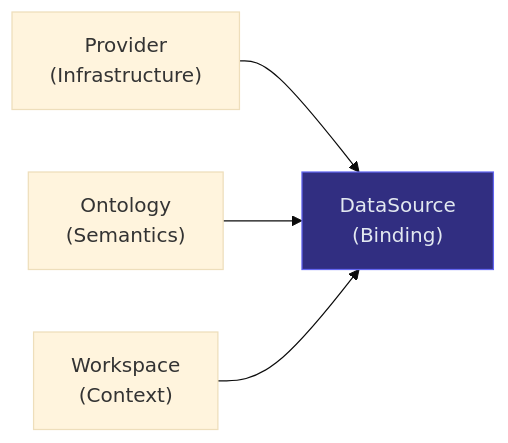
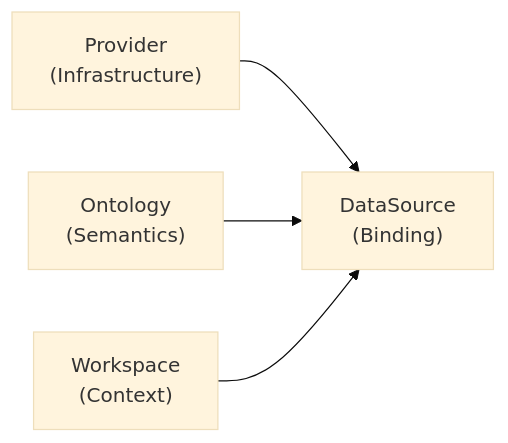
The first of 5 diagrams in docs/DECISIONS.md (rkrumins/dataviz), drawn with Mermaid (base theme) before and after one commit. The commit also changed other lines of this file and 46 other files, not shown here.

````diff
--- a/docs/DECISIONS.md
+++ b/docs/DECISIONS.md
@@ -21,13 +21,12 @@
 ```mermaid
 graph LR
     Provider["Provider<br/>(Infrastructure)"]
     Ontology["Ontology<br/>(Semantics)"]
     Workspace["Workspace<br/>(Context)"]
     DS["DataSource<br/>(Binding)"]
 
     Provider --> DS
     Ontology --> DS
     Workspace --> DS
 
-    style DS fill:#312e81,stroke:#6366f1,color:#e2e8f0
 ```
````
